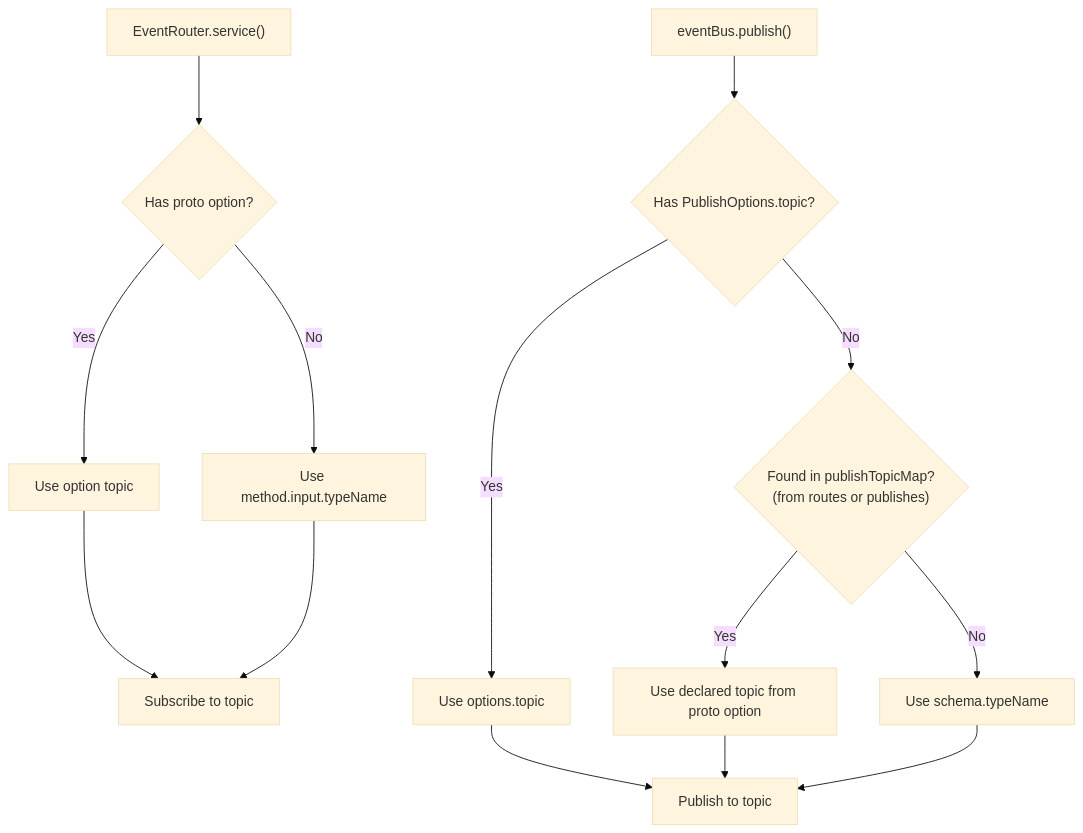
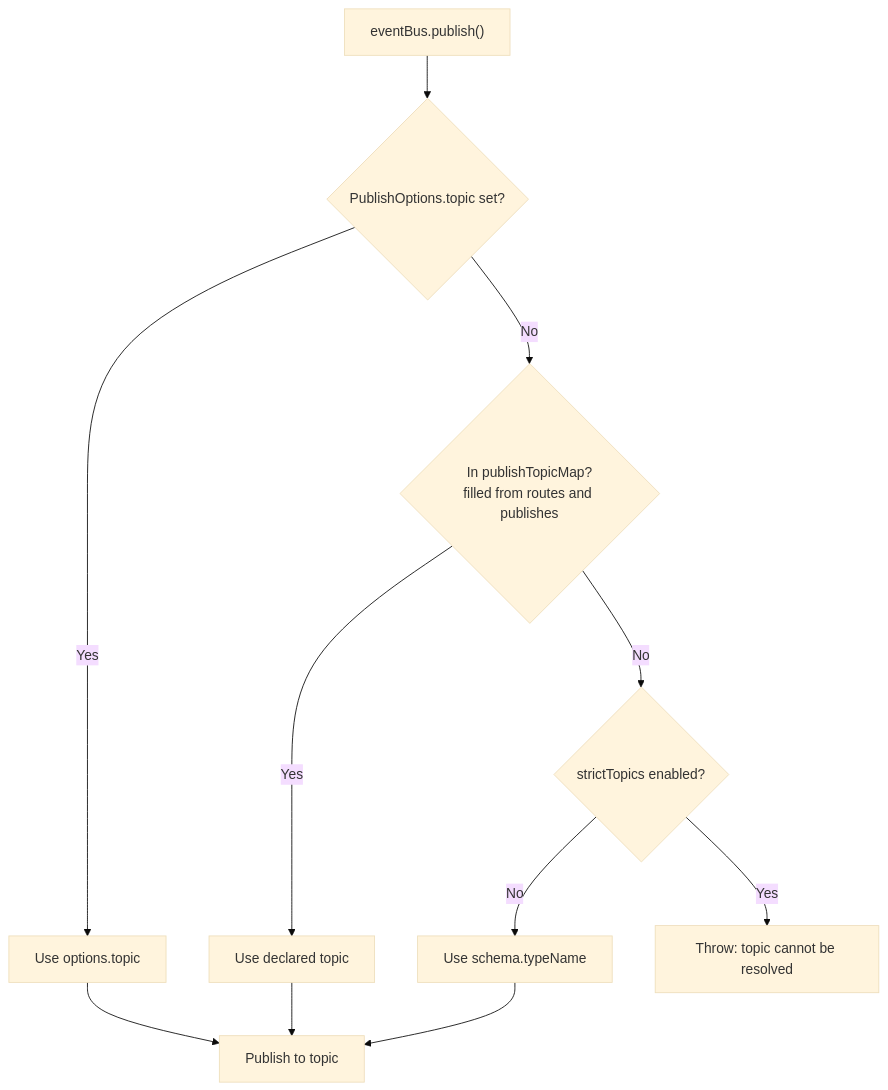
Before and after one commit to Connectum-Framework/docs: the second of 2 diagrams in en/guide/events/custom-topics.md, drawn with Mermaid (base theme). The commit also changed other lines of this file and 6 other files, not shown here.

First line of the commit message:
docs(diagrams): make wide diagrams readable in the documentation column

````diff
--- a/en/guide/events/custom-topics.md
+++ b/en/guide/events/custom-topics.md
@@ -137,17 +148,15 @@
 ```mermaid
 flowchart TD
-    A["EventRouter.service()"] --> B{"Has proto option?"}
-    B -->|Yes| C["Use option topic"]
-    B -->|No| D["Use method.input.typeName"]
-    C --> E["Subscribe to topic"]
-    D --> E
-
-    F["eventBus.publish()"] --> G{"Has PublishOptions.topic?"}
+    F["eventBus.publish()"] --> G{"PublishOptions.topic set?"}
     G -->|Yes| H["Use options.topic"]
-    G -->|No| P{"Found in publishTopicMap?\n(from routes or publishes)"}
-    P -->|Yes| Q["Use declared topic from proto option"]
-    P -->|No| I["Use schema.typeName"]
+    G -->|No| P{"In publishTopicMap?<br/>filled from routes and publishes"}
+    P -->|Yes| Q["Use declared topic"]
+    P -->|No| S{"strictTopics enabled?"}
+    S -->|No| I["Use schema.typeName"]
+    S -->|Yes| X["Throw: topic cannot be resolved"]
     H --> J["Publish to topic"]
     Q --> J
     I --> J
+
+    class X critical
 ```
````
